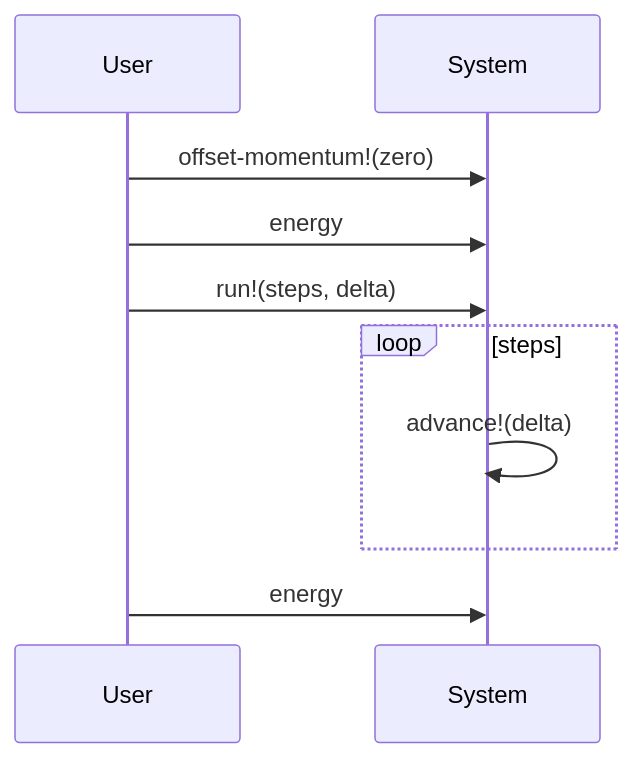
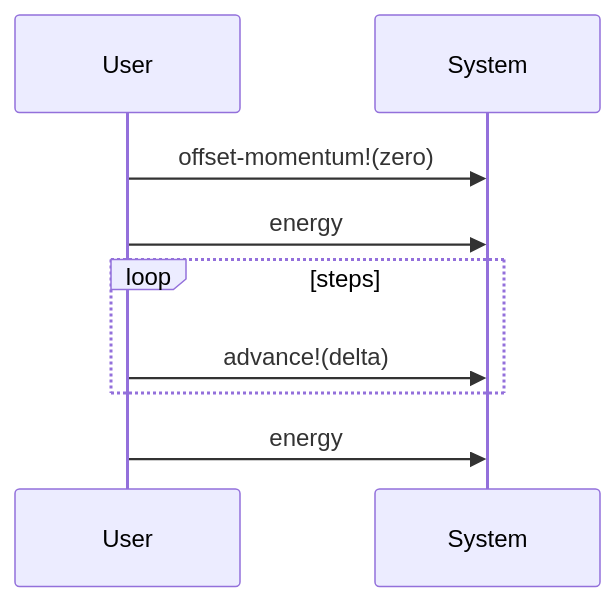
The diagram in README.md (fraya/dylan-nbody), drawn with Mermaid before and after one commit. The commit also changed other lines of this file and 4 other files, not shown here.

````diff
--- a/README.md
+++ b/README.md
@@ -39,12 +39,11 @@
 ```mermaid
 sequenceDiagram
   participant User
   participant System
   User->>System: offset-momentum!(zero)
   User->>System: energy
-  User->>System: run!(steps, delta)
   loop steps
-    System->>System: advance!(delta)
+    User->>System: advance!(delta)
   end
   User->>System: energy
 ```
````
